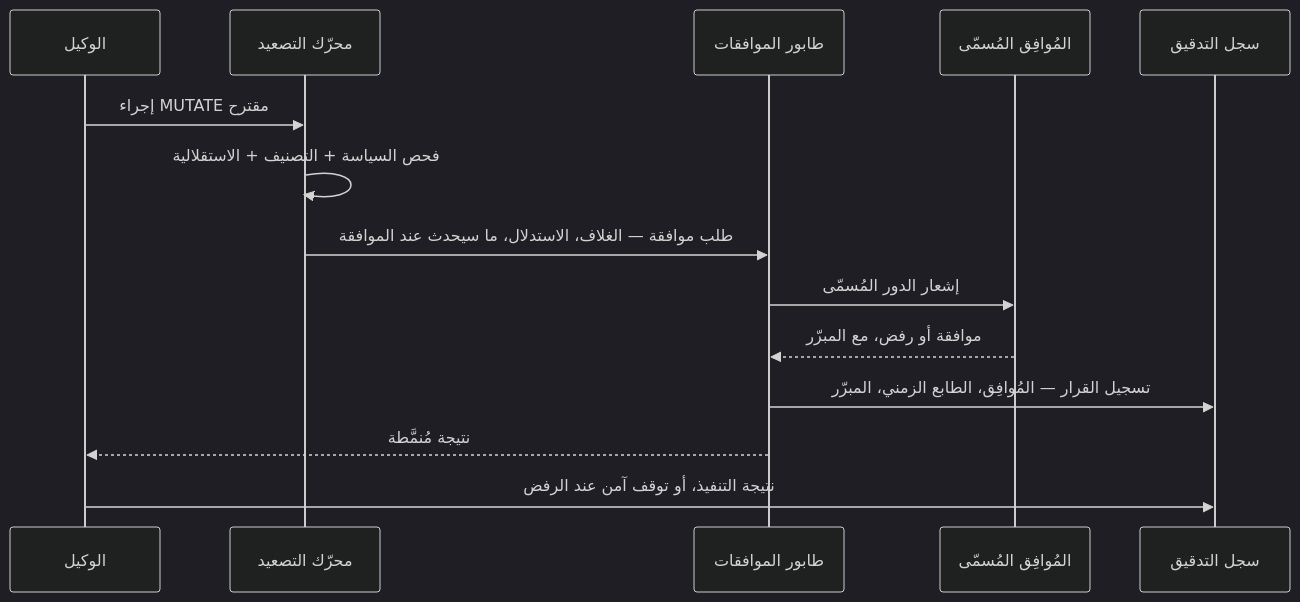
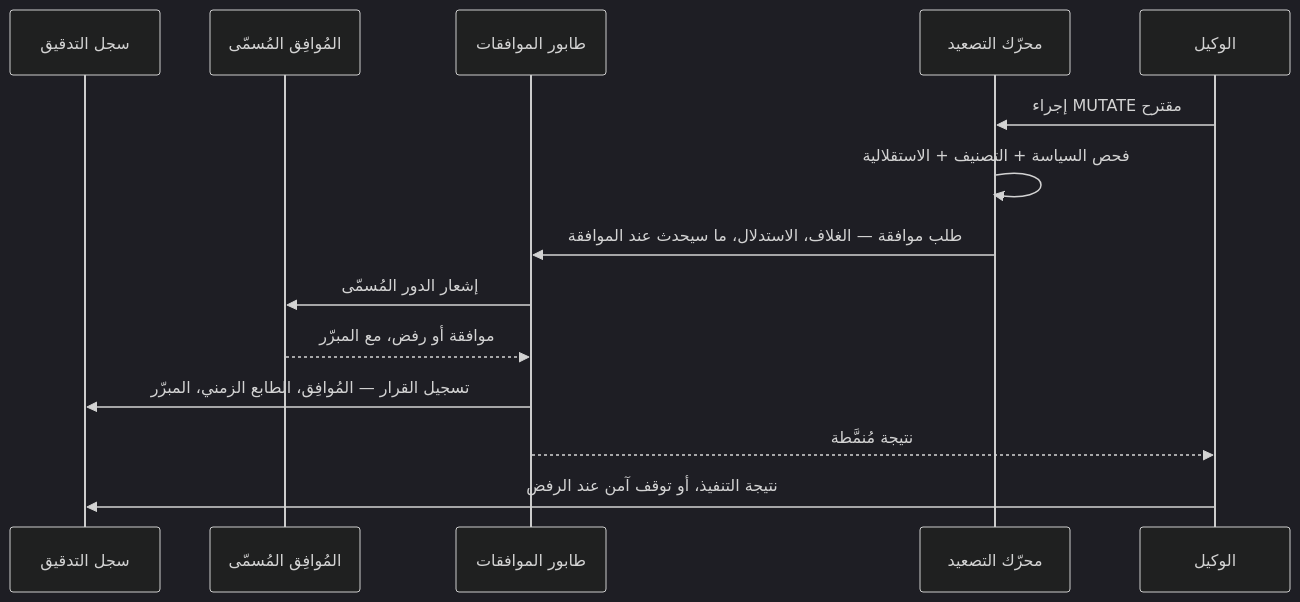
The sixth of 10 diagrams in qdb-agent-framework/docs/LEARNING-PATH.ar.md (Tamoura/AI-agents), drawn with Mermaid (dark theme) before and after one commit. The commit also changed other lines of this file and 1 other file, not shown here.

First line of the commit message:
Arabic docs: diagrams flow right to left

````diff
--- a/qdb-agent-framework/docs/LEARNING-PATH.ar.md
+++ b/qdb-agent-framework/docs/LEARNING-PATH.ar.md
@@ -404,17 +404,17 @@
 ```mermaid
 sequenceDiagram
+    participant AU as سجل التدقيق
+    participant M as المُوافِق المُسمّى
+    participant Q as طابور الموافقات
+    participant ES as محرّك التصعيد
     participant AG as الوكيل
-    participant ES as محرّك التصعيد
-    participant Q as طابور الموافقات
-    participant M as المُوافِق المُسمّى
-    participant AU as سجل التدقيق
 
     AG->>ES: إجراء MUTATE مقترح
     ES->>ES: فحص السياسة + التصنيف + الاستقلالية
     ES->>Q: طلب موافقة — الغلاف، الاستدلال، ما سيحدث عند الموافقة
     Q->>M: إشعار الدور المُسمّى
     M-->>Q: موافقة أو رفض، مع المبرّر
     Q->>AU: تسجيل القرار — المُوافِق، الطابع الزمني، المبرّر
     Q-->>AG: نتيجة مُنمَّطة
     AG->>AU: نتيجة التنفيذ، أو توقف آمن عند الرفض
 ```
````
